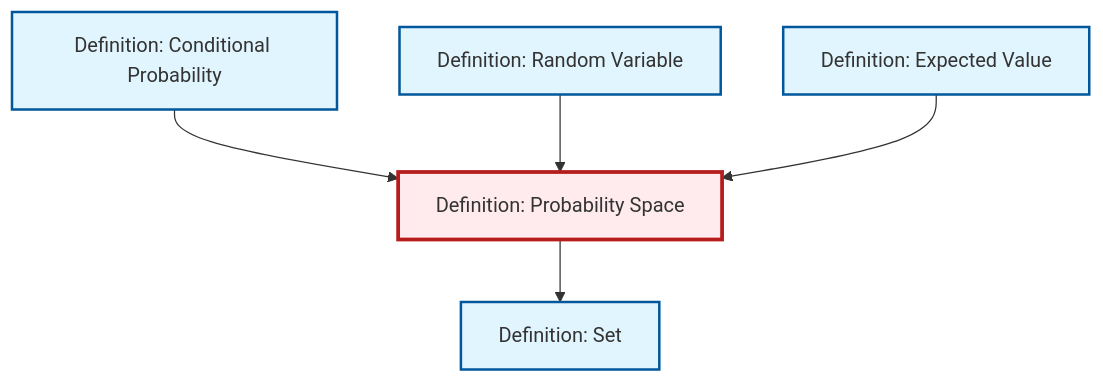
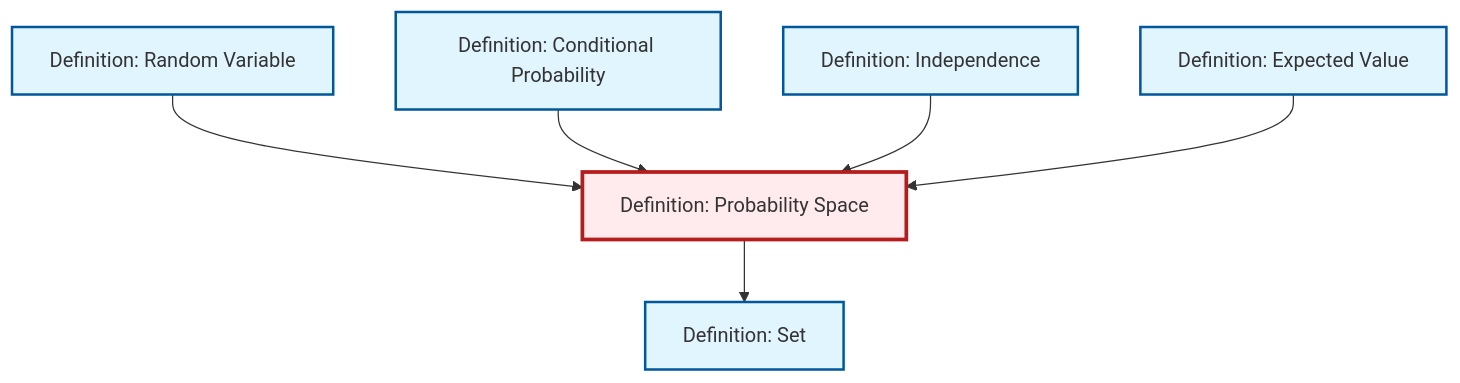
Before and after one commit to RK0429/ModernMath: the diagram in content/en/probability-statistics/def-probability-space.qmd, drawn with Mermaid. The commit also changed 474 other files, not shown here.

````diff
--- a/content/en/probability-statistics/def-probability-space.qmd
+++ b/content/en/probability-statistics/def-probability-space.qmd
@@ -46,23 +46,26 @@
 ```{mermaid}
 %%| fig-cap: "Local dependency graph"
 graph TD
     classDef definition fill:#e1f5fe,stroke:#01579b,stroke-width:2px
     classDef theorem fill:#f3e5f5,stroke:#4a148c,stroke-width:2px
     classDef axiom fill:#fff3e0,stroke:#e65100,stroke-width:2px
     classDef example fill:#e8f5e9,stroke:#1b5e20,stroke-width:2px
     classDef current fill:#ffebee,stroke:#b71c1c,stroke-width:3px
     def-set["Definition: Set"]:::definition
     def-expectation["Definition: Expected Value"]:::definition
+    def-random-variable["Definition: Random Variable"]:::definition
     def-probability-space["Definition: Probability Space"]:::definition
     def-conditional-probability["Definition: Conditional Probability"]:::definition
-    def-random-variable["Definition: Random Variable"]:::definition
+    def-independence["Definition: Independence"]:::definition
+    def-probability-space --> def-set
+    def-random-variable --> def-probability-space
     def-conditional-probability --> def-probability-space
-    def-random-variable --> def-probability-space
+    def-independence --> def-probability-space
     def-expectation --> def-probability-space
-    def-probability-space --> def-set
     class def-probability-space current
     click def-set "def-set.html" "Go to Set definition"
     click def-expectation "def-expectation.html" "Go to Expected Value definition"
+    click def-random-variable "def-random-variable.html" "Go to Random Variable definition"
     click def-conditional-probability "def-conditional-probability.html" "Go to Conditional Probability definition"
-    click def-random-variable "def-random-variable.html" "Go to Random Variable definition"
+    click def-independence "def-independence.html" "Go to Independence definition"
 ```
````
